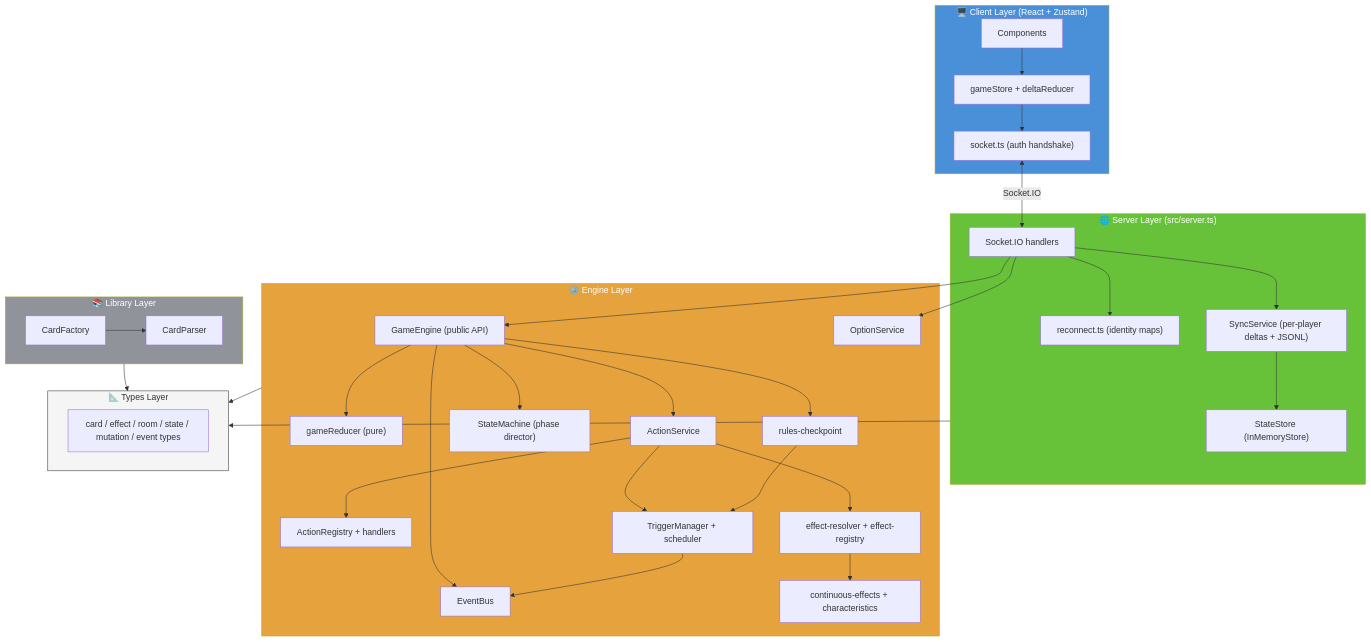
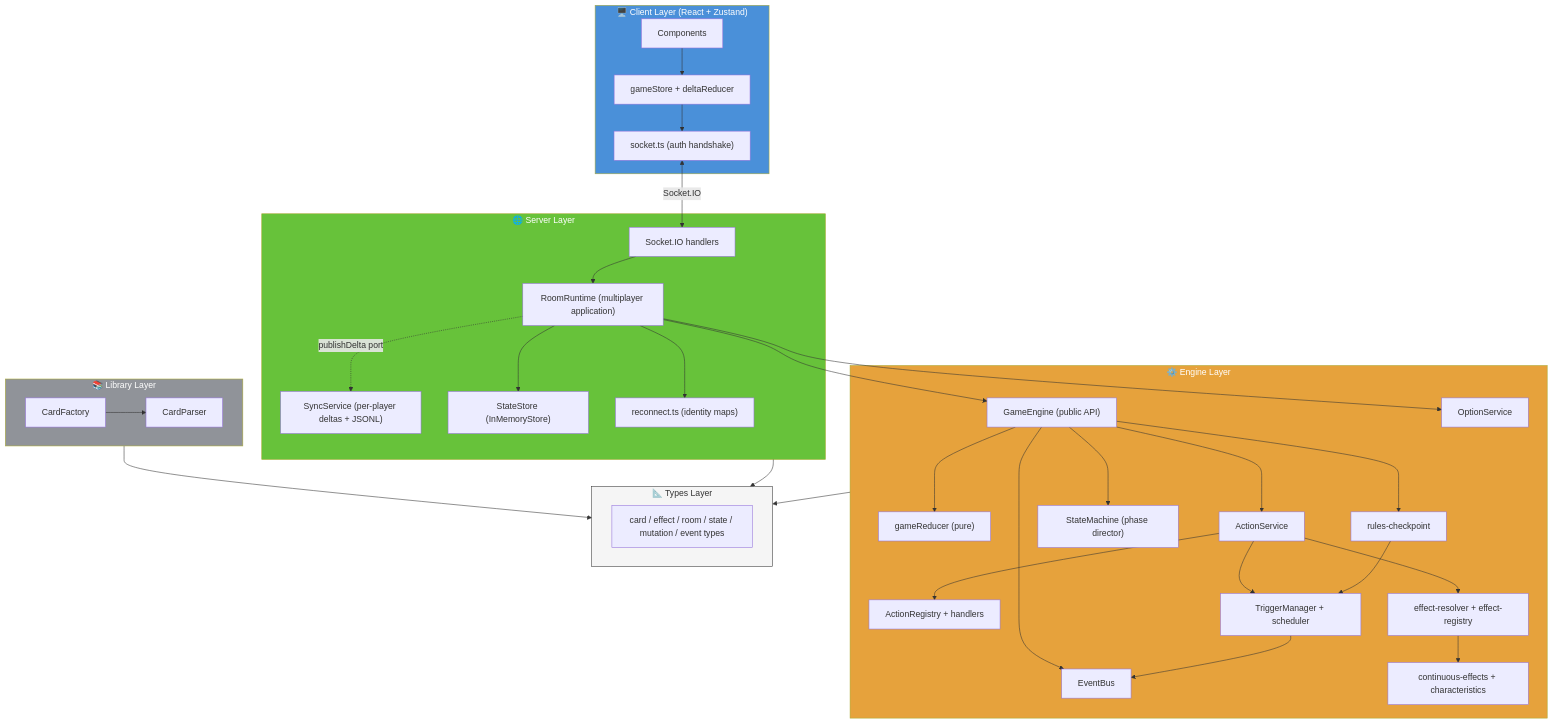
One commit to sschan39/card-game changed the third of 3 diagrams in ARCHITECTURE.md. Above: the diagram before and after it, drawn with Mermaid. The commit also changed other lines of this file and 3 other files, not shown here.

Commit message:
docs: record multiplayer runtime boundary

````diff
--- a/ARCHITECTURE.md
+++ b/ARCHITECTURE.md
@@ -646,70 +652,72 @@
 ```mermaid
 flowchart TB
     subgraph Client["🖥️ Client Layer (React + Zustand)"]
         UI["Components"]
         STORE["gameStore + deltaReducer"]
         SOCKC["socket.ts (auth handshake)"]
     end
 
-    subgraph Server["🌐 Server Layer (src/server.ts)"]
+    subgraph Server["🌐 Server Layer"]
         SOCK["Socket.IO handlers"]
+        RUNTIME["RoomRuntime (multiplayer application)"]
         SYNC["SyncService (per-player deltas + JSONL)"]
         STORE2["StateStore (InMemoryStore)"]
         RECON["reconnect.ts (identity maps)"]
     end
 
     subgraph Engine["⚙️ Engine Layer"]
         GE["GameEngine (public API)"]
         RED["gameReducer (pure)"]
         AS["ActionService"]
         AR["ActionRegistry + handlers"]
         SM["StateMachine (phase director)"]
         EB["EventBus"]
         CP["rules-checkpoint"]
         ER["effect-resolver + effect-registry"]
         TM["TriggerManager + scheduler"]
         CE["continuous-effects + characteristics"]
         OS["OptionService"]
     end
 
     subgraph Library["📚 Library Layer"]
         CP2["CardParser"]
         CF["CardFactory"]
     end
 
     subgraph Types["📐 Types Layer"]
         T["card / effect / room / state / mutation / event types"]
     end
 
     UI --> STORE
     STORE --> SOCKC
     SOCKC <-->|"Socket.IO"| SOCK
-    SOCK --> GE
-    SOCK --> OS
-    SOCK --> SYNC
-    SOCK --> RECON
-    SYNC --> STORE2
+    SOCK --> RUNTIME
+    RUNTIME --> GE
+    RUNTIME --> OS
+    RUNTIME --> STORE2
+    RUNTIME --> RECON
+    RUNTIME -.->|"publishDelta port"| SYNC
 
     GE --> RED
     GE --> AS
     GE --> SM
     GE --> EB
     GE --> CP
     AS --> AR
     AS --> ER
     AS --> TM
     ER --> CE
     CP --> TM
     TM --> EB
 
     CF --> CP2
     Engine --> Types
     Library --> Types
     Server --> Types
 
     style Client fill:#4a90d9,color:#fff
     style Server fill:#67c23a,color:#fff
     style Engine fill:#e6a23c,color:#fff
     style Library fill:#909399,color:#fff
     style Types fill:#f5f5f5,stroke:#333
 ```
````
